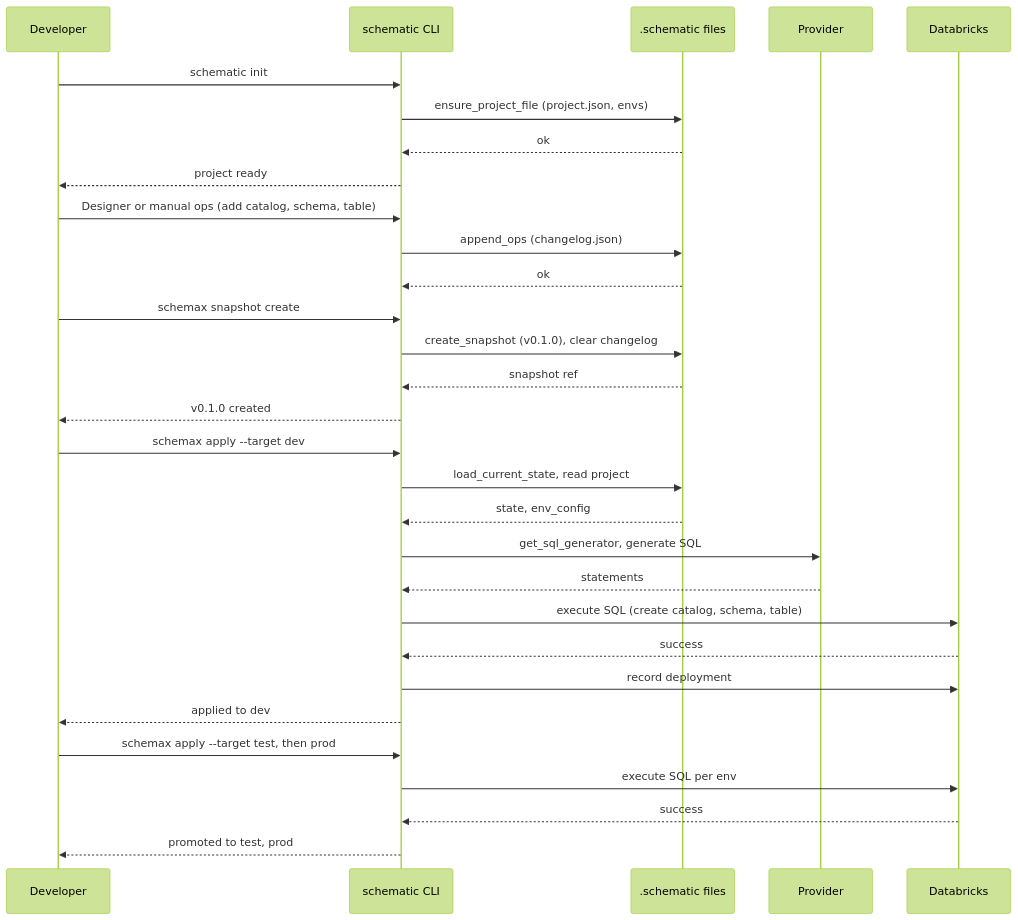
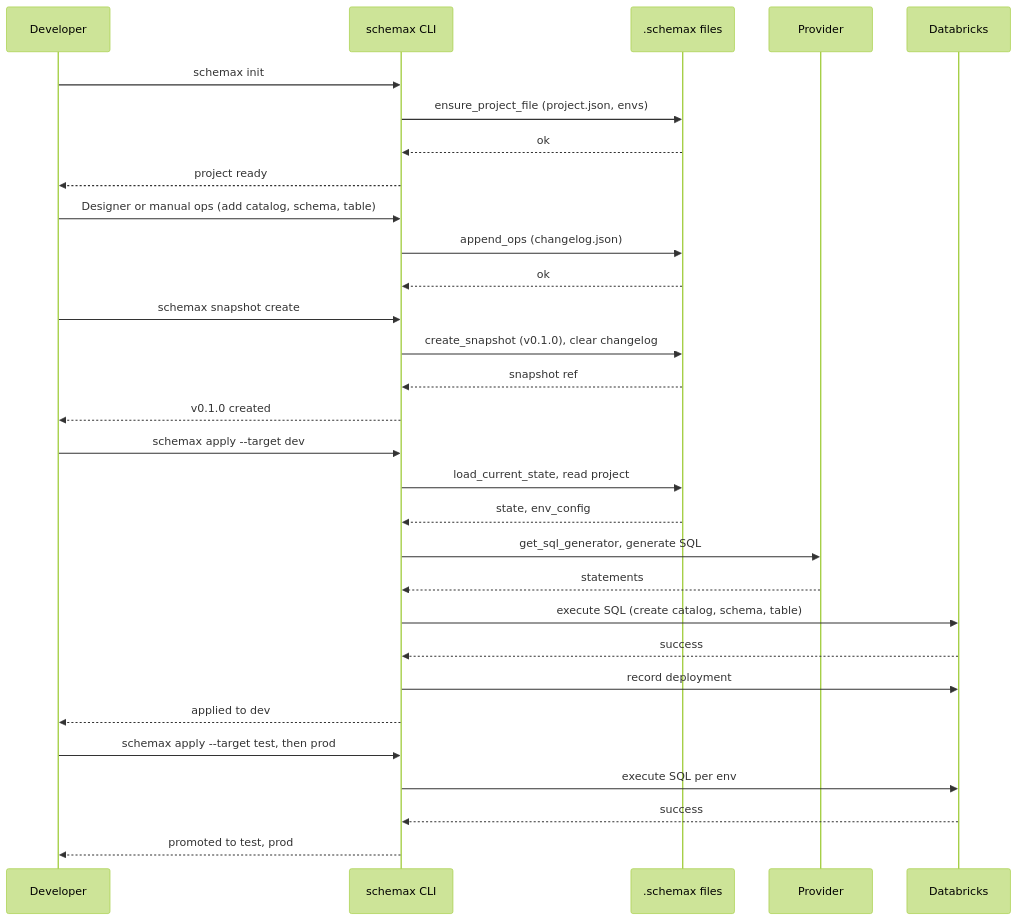
Before and after one commit to vb-dbrks/schemax: the first of 6 diagrams in docs/WORKFLOWS.md, drawn with Mermaid (forest theme). The commit also changed other lines of this file and 41 other files, not shown here.

````diff
--- a/docs/WORKFLOWS.md
+++ b/docs/WORKFLOWS.md
@@ -38,37 +38,37 @@
 ```mermaid
 sequenceDiagram
   participant Dev as Developer
-  participant CLI as schematic CLI
-  participant Storage as .schematic files
+  participant CLI as schemax CLI
+  participant Storage as .schemax files
   participant Provider as Provider
   participant DB as Databricks
 
-  Dev->>CLI: schematic init
+  Dev->>CLI: schemax init
   CLI->>Storage: ensure_project_file (project.json, envs)
   Storage-->>CLI: ok
   CLI-->>Dev: project ready
 
   Dev->>CLI: Designer or manual ops (add catalog, schema, table)
   CLI->>Storage: append_ops (changelog.json)
   Storage-->>CLI: ok
 
   Dev->>CLI: schemax snapshot create
   CLI->>Storage: create_snapshot (v0.1.0), clear changelog
   Storage-->>CLI: snapshot ref
   CLI-->>Dev: v0.1.0 created
 
   Dev->>CLI: schemax apply --target dev
   CLI->>Storage: load_current_state, read project
   Storage-->>CLI: state, env_config
   CLI->>Provider: get_sql_generator, generate SQL
   Provider-->>CLI: statements
   CLI->>DB: execute SQL (create catalog, schema, table)
   DB-->>CLI: success
   CLI->>DB: record deployment
   CLI-->>Dev: applied to dev
 
   Dev->>CLI: schemax apply --target test, then prod
   CLI->>DB: execute SQL per env
   DB-->>CLI: success
   CLI-->>Dev: promoted to test, prod
 ```
````
